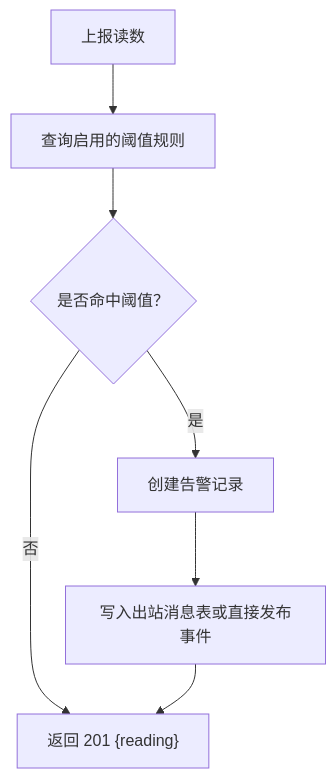
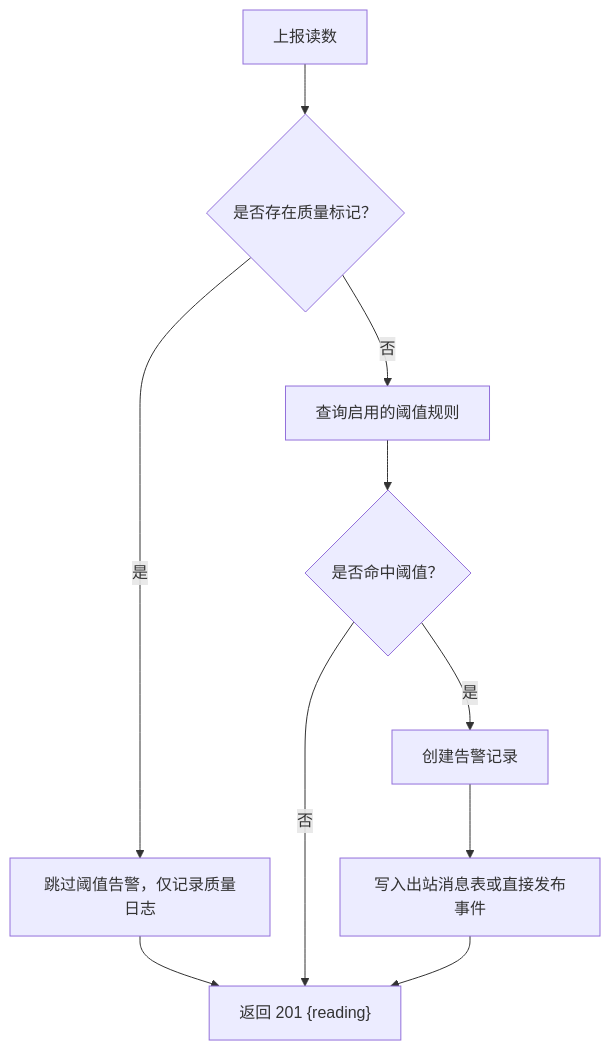
One commit to q446328246/agri-platform changed diagram 13 of 15 in .qoder/repowiki/zh/content/核心服务文档/遥测数据服务.md. Above: the diagram before and after it, drawn with Mermaid. The commit also changed other lines of this file and 15 other files, not shown here.

````diff
--- a/.qoder/repowiki/zh/content/核心服务文档/遥测数据服务.md
+++ b/.qoder/repowiki/zh/content/核心服务文档/遥测数据服务.md
@@ -472,9 +591,12 @@
 ```mermaid
 flowchart TD
-Report["上报读数"] --> Rule["查询启用的阈值规则"]
+Report["上报读数"] --> QualityCheck{"是否存在质量标记？"}
+QualityCheck --> |是| SkipAlert["跳过阈值告警，仅记录质量日志"]
+QualityCheck --> |否| Rule["查询启用的阈值规则"]
+SkipAlert --> Return["返回 201 {reading}"]
 Rule --> Hit{"是否命中阈值？"}
-Hit --> |否| Return["返回 201 {reading}"]
+Hit --> |否| Return
 Hit --> |是| CreateAlert["创建告警记录"]
 CreateAlert --> Enqueue["写入出站消息表或直接发布事件"]
 Enqueue --> Return
 ```
````
